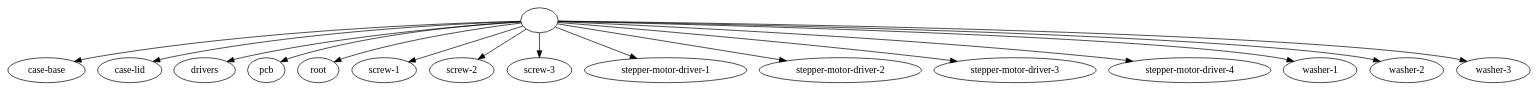
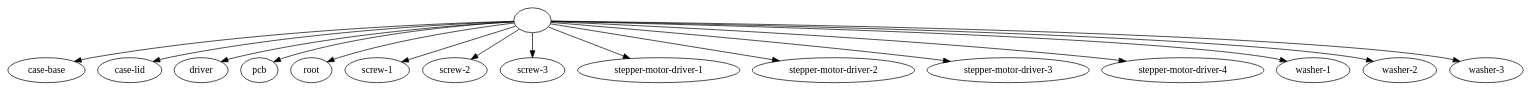
Before and after one commit to openUC2/optikit: the diagram in examples/designs/primitives/controllers/standalone-board.dsn/_components-graph.dot, drawn with Graphviz. The commit also changed 46 other files, not shown here.

First line of the commit message:
Propose a revision of the NewSwitch device config schema (#37)

```diff
--- a/examples/designs/primitives/controllers/standalone-board.dsn/_components-graph.dot
+++ b/examples/designs/primitives/controllers/standalone-board.dsn/_components-graph.dot
@@ -1,113 +1,113 @@
 strict digraph "" {
-	graph [bb="0,0,1938.5,108"];
+	graph [bb="0,0,1930.5,108"];
 	node [label="\N"];
 	edge [label="\E"];
 	""	[height=0.5,
-		pos="696.03,90",
+		pos="688.03,90",
 		width=0.75];
 	"case-base"	[height=0.5,
 		label="case-base",
 		pos="48.028,18",
 		width=1.3341];
 	"" -> "case-base"	[key=" -> case-base",
 		label="",
-		pos="e,83.026,30.637 668.66,88.49 584.06,86.499 319.51,77.169 105.03,36 101.43,35.309 97.73,34.483 94.031,33.572"];
+		pos="e,83.027,30.63 660.74,88.445 576.96,86.33 316.35,76.697 105.03,36 101.43,35.307 97.731,34.479 94.032,33.567"];
 	"case-lid"	[height=0.5,
 		label="case-lid",
 		pos="155.03,18",
 		width=1.1407];
 	"" -> "case-lid"	[key=" -> case-lid",
 		label="",
-		pos="e,185.4,30.513 668.81,88.16 593.95,85.402 378.95,74.46 205.03,36 202.11,35.354 199.12,34.597 196.13,33.767"];
-	drivers	[height=0.5,
-		label=drivers,
-		pos="252.03,18",
-		width=1.0515];
-	"" -> drivers	[key=" -> drivers",
+		pos="e,185.4,30.504 660.72,88.089 586.59,85.171 375.7,73.9 205.03,36 202.11,35.352 199.12,34.592 196.13,33.761"];
+	driver	[height=0.5,
+		label=driver,
+		pos="248.03,18",
+		width=0.94707];
+	"" -> driver	[key=" -> driver",
 		label="",
-		pos="e,280.06,30.247 669.18,87.407 604.6,83.146 435.8,69.455 299.03,36 296.3,35.333 293.51,34.562 290.72,33.725"];
+		pos="e,273.61,30.291 661.11,87.67 596.39,83.985 427.3,71.464 291.03,36 288.78,35.416 286.5,34.746 284.21,34.019"];
 	pcb	[height=0.5,
 		label=pcb,
-		pos="335.03,18",
+		pos="327.03,18",
 		width=0.75];
 	"" -> pcb	[key=" -> pcb",
 		label="",
-		pos="e,355.57,29.906 668.9,87.146 612.38,82.729 478.3,69.35 371.03,36 369.42,35.5 367.79,34.941 366.16,34.339"];
+		pos="e,347.57,29.906 660.9,87.146 604.38,82.729 470.3,69.35 363.03,36 361.42,35.5 359.79,34.941 358.16,34.339"];
 	root	[height=0.5,
 		label=root,
-		pos="407.03,18",
+		pos="399.03,18",
 		width=0.75];
 	"" -> root	[key=" -> root",
 		label="",
-		pos="e,428.01,29.916 669.63,85.555 623.02,79.016 523.44,62.99 443.03,36 441.47,35.478 439.89,34.906 438.31,34.298"];
+		pos="e,420.01,29.916 661.63,85.555 615.02,79.016 515.44,62.99 435.03,36 433.47,35.478 431.89,34.906 430.31,34.298"];
 	"screw-1"	[height=0.5,
 		label="screw-1",
-		pos="494.03,18",
+		pos="486.03,18",
 		width=1.1556];
 	"" -> "screw-1"	[key=" -> screw-1",
 		label="",
-		pos="e,525.72,29.983 672.46,80.833 639.19,69.304 577.9,48.065 536.56,33.737"];
+		pos="e,517.72,29.983 664.46,80.833 631.19,69.304 569.9,48.065 528.56,33.737"];
 	"screw-2"	[height=0.5,
 		label="screw-2",
-		pos="595.03,18",
+		pos="587.03,18",
 		width=1.1556];
 	"" -> "screw-2"	[key=" -> screw-2",
 		label="",
-		pos="e,616.43,33.834 677.97,76.485 663.42,66.398 642.63,51.991 625.51,40.123"];
+		pos="e,608.43,33.834 669.97,76.485 655.42,66.398 634.63,51.991 617.51,40.123"];
 	"screw-3"	[height=0.5,
 		label="screw-3",
-		pos="696.03,18",
+		pos="688.03,18",
 		width=1.1556];
 	"" -> "screw-3"	[key=" -> screw-3",
 		label="",
-		pos="e,696.03,36.104 696.03,71.697 696.03,64.407 696.03,55.726 696.03,47.536"];
+		pos="e,688.03,36.104 688.03,71.697 688.03,64.407 688.03,55.726 688.03,47.536"];
 	"stepper-motor-driver-1"	[height=0.5,
 		label="stepper-motor-driver-1",
-		pos="855.03,18",
+		pos="847.03,18",
 		width=2.7646];
 	"" -> "stepper-motor-driver-1"	[key=" -> stepper-motor-driver-1",
 		label="",
-		pos="e,818.45,35.103 718.14,79.267 741.34,69.051 778.51,52.686 808.27,39.586"];
+		pos="e,810.45,35.103 710.14,79.267 733.34,69.051 770.51,52.686 800.27,39.586"];
 	"stepper-motor-driver-2"	[height=0.5,
 		label="stepper-motor-driver-2",
-		pos="1072,18",
+		pos="1064,18",
 		width=2.7646];
 	"" -> "stepper-motor-driver-2"	[key=" -> stepper-motor-driver-2",
 		label="",
-		pos="e,1004.3,31.607 721.87,84.189 776.97,73.931 907.9,49.555 993.12,33.691"];
+		pos="e,996.31,31.607 713.87,84.189 768.97,73.931 899.9,49.555 985.12,33.691"];
 	"stepper-motor-driver-3"	[height=0.5,
 		label="stepper-motor-driver-3",
-		pos="1289,18",
+		pos="1281,18",
 		width=2.7646];
 	"" -> "stepper-motor-driver-3"	[key=" -> stepper-motor-driver-3",
 		label="",
-		pos="e,1217.1,30.813 722.9,86.514 796.38,79.618 1006.8,59.217 1181,36 1189,34.931 1197.4,33.747 1205.7,32.516"];
+		pos="e,1209.1,30.813 714.9,86.514 788.38,79.618 998.81,59.217 1173,36 1181,34.931 1189.4,33.747 1197.7,32.516"];
 	"stepper-motor-driver-4"	[height=0.5,
 		label="stepper-motor-driver-4",
-		pos="1506,18",
+		pos="1498,18",
 		width=2.7646];
 	"" -> "stepper-motor-driver-4"	[key=" -> stepper-motor-driver-4",
 		label="",
-		pos="e,1435,31.02 723.21,87.74 817.06,83.22 1136.1,66.452 1398,36 1406.4,35.032 1415,33.893 1423.7,32.669"];
+		pos="e,1427,31.02 715.21,87.74 809.06,83.22 1128.1,66.452 1390,36 1398.4,35.032 1407,33.893 1415.7,32.669"];
 	"washer-1"	[height=0.5,
 		label="washer-1",
-		pos="1670,18",
+		pos="1662,18",
 		width=1.2897];
 	"" -> "washer-1"	[key=" -> washer-1",
 		label="",
-		pos="e,1636.3,30.826 723.17,88.321 855.86,84.866 1437.1,68.134 1615,36 1618.4,35.389 1621.9,34.636 1625.3,33.789"];
+		pos="e,1628.3,30.826 715.17,88.321 847.86,84.866 1429.1,68.134 1607,36 1610.4,35.389 1613.9,34.636 1617.3,33.789"];
 	"washer-2"	[height=0.5,
 		label="washer-2",
-		pos="1781,18",
+		pos="1773,18",
 		width=1.2897];
 	"" -> "washer-2"	[key=" -> washer-2",
 		label="",
-		pos="e,1747.3,30.683 723.06,88.497 864.87,85.723 1524.1,71.123 1725,36 1728.7,35.361 1732.4,34.559 1736.2,33.653"];
+		pos="e,1739.3,30.683 715.06,88.497 856.87,85.723 1516.1,71.123 1717,36 1720.7,35.361 1724.4,34.559 1728.2,33.653"];
 	"washer-3"	[height=0.5,
 		label="washer-3",
-		pos="1892,18",
+		pos="1884,18",
 		width=1.2897];
 	"" -> "washer-3"	[key=" -> washer-3",
 		label="",
-		pos="e,1858.3,30.711 723.44,88.648 875.05,86.56 1612.2,74.555 1836,36 1839.7,35.37 1843.4,34.575 1847.2,33.673"];
+		pos="e,1850.3,30.711 715.44,88.648 867.05,86.56 1604.2,74.555 1828,36 1831.7,35.37 1835.4,34.575 1839.2,33.673"];
 }
```
